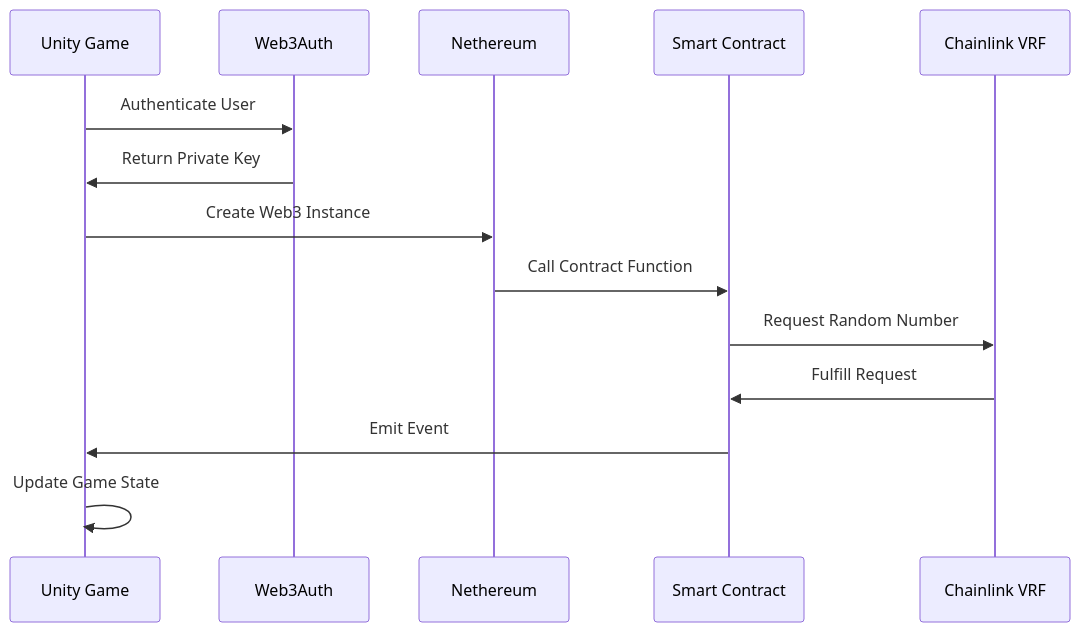
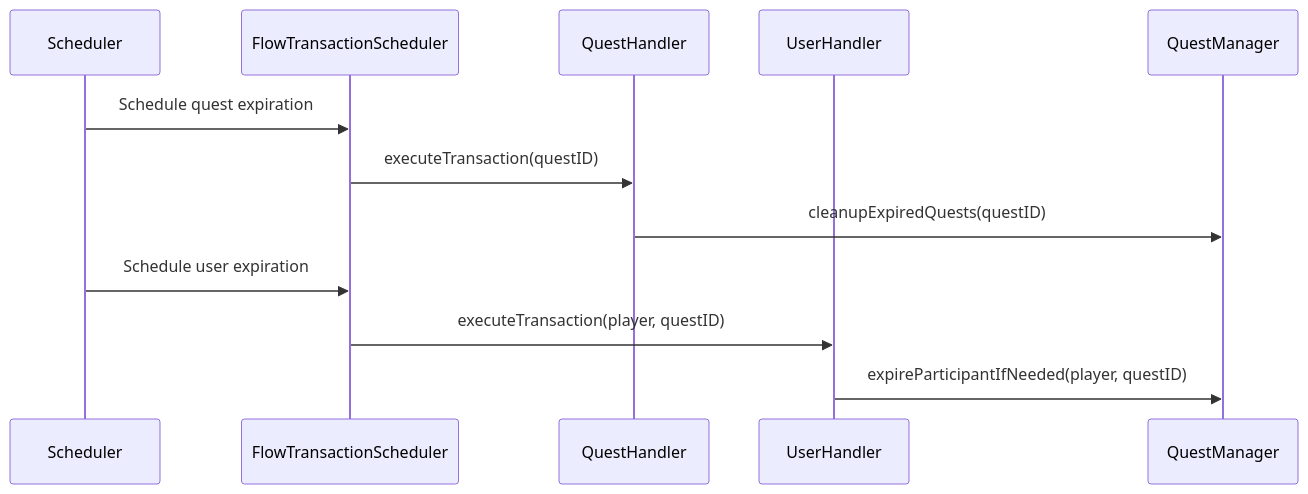
Diagram 11 of 23 in README.md (ArcaneStdio/Chains-Of-Eternity), drawn with Mermaid before and after one commit. The commit also changed other lines of this file, not shown here.

````diff
--- a/README.md
+++ b/README.md
@@ -256,17 +619,16 @@
 ```mermaid
 sequenceDiagram
-    participant U as Unity Game
-    participant W as Web3Auth
-    participant N as Nethereum
-    participant C as Smart Contract
-    participant VRF as Chainlink VRF
+    participant S as Scheduler
+    participant FTS as FlowTransactionScheduler
+    participant QTQ as QuestHandler
+    participant QTU as UserHandler
+    participant QM as QuestManager
     
-    U->>W: Authenticate User
-    W->>U: Return Private Key
-    U->>N: Create Web3 Instance
-    N->>C: Call Contract Function
-    C->>VRF: Request Random Number
-    VRF->>C: Fulfill Request
-    C->>U: Emit Event
-    U->>U: Update Game State
+    S->>FTS: Schedule quest expiration
+    FTS->>QTQ: executeTransaction(questID)
+    QTQ->>QM: cleanupExpiredQuests(questID)
+    
+    S->>FTS: Schedule user expiration
+    FTS->>QTU: executeTransaction(player, questID)
+    QTU->>QM: expireParticipantIfNeeded(player, questID)
 ```
````
